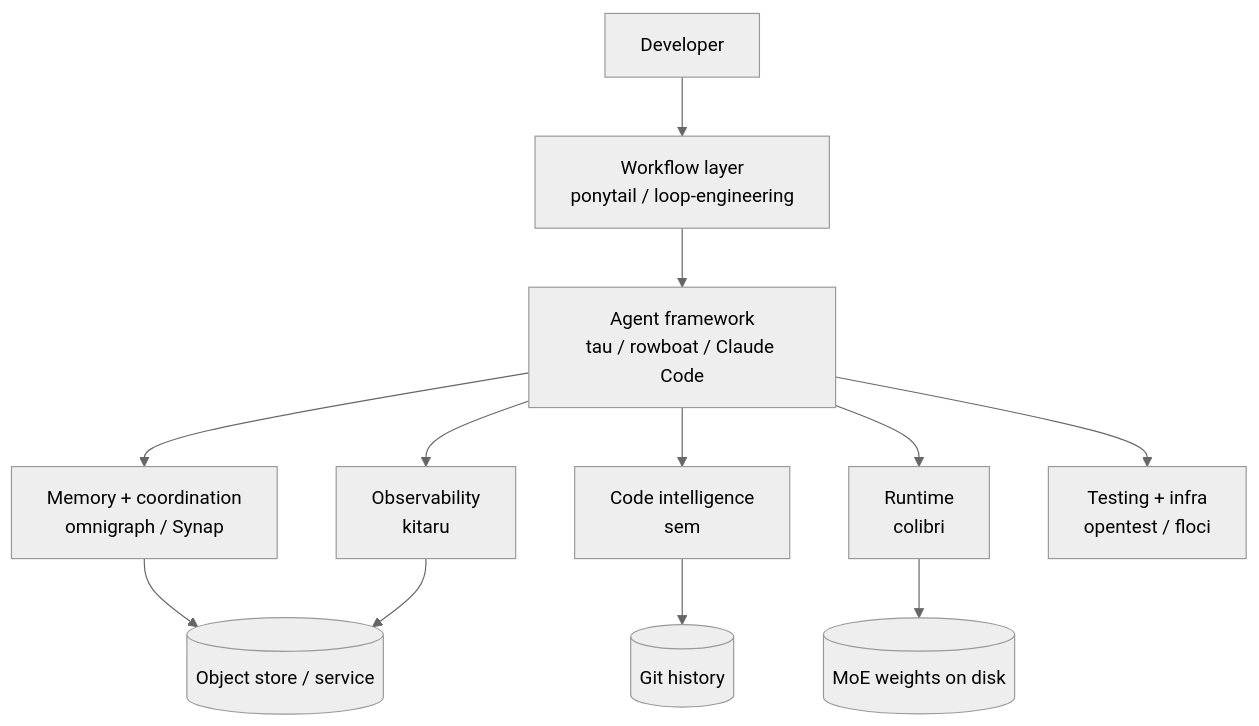
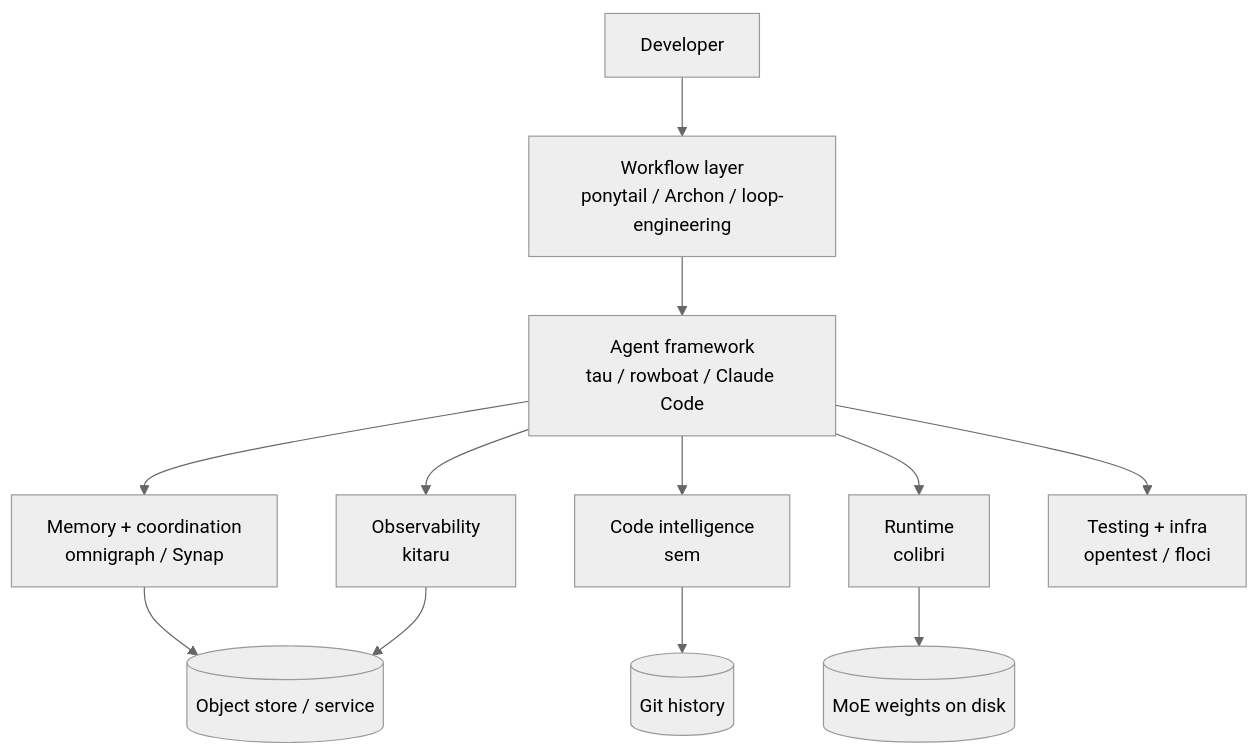
The diagram in src/content/blog/interesting_things_july_2026.md (locchh/blogs), drawn with Mermaid (neutral theme) before and after one commit. The commit also changed other lines of this file, not shown here.

First line of the commit message:
docs(blog): add Archon to the workflow/harness section

````diff
--- a/src/content/blog/interesting_things_july_2026.md
+++ b/src/content/blog/interesting_things_july_2026.md
@@ -95,15 +96,15 @@
 ```mermaid
 graph TD
     User[Developer]
-    User --> WF[Workflow layer<br/>ponytail / loop-engineering]
+    User --> WF[Workflow layer<br/>ponytail / Archon / loop-engineering]
     WF --> Agent[Agent framework<br/>tau / rowboat / Claude Code]
     Agent --> Mem[Memory + coordination<br/>omnigraph / Synap]
     Agent --> Code[Code intelligence<br/>sem]
     Agent --> Obs[Observability<br/>kitaru]
     Agent --> Run[Runtime<br/>colibri]
     Agent --> Test[Testing + infra<br/>opentest / floci]
     Code --> Git[(Git history)]
     Mem --> Store[(Object store / service)]
     Obs --> Store
     Run --> Weights[(MoE weights on disk)]
 ```
````
